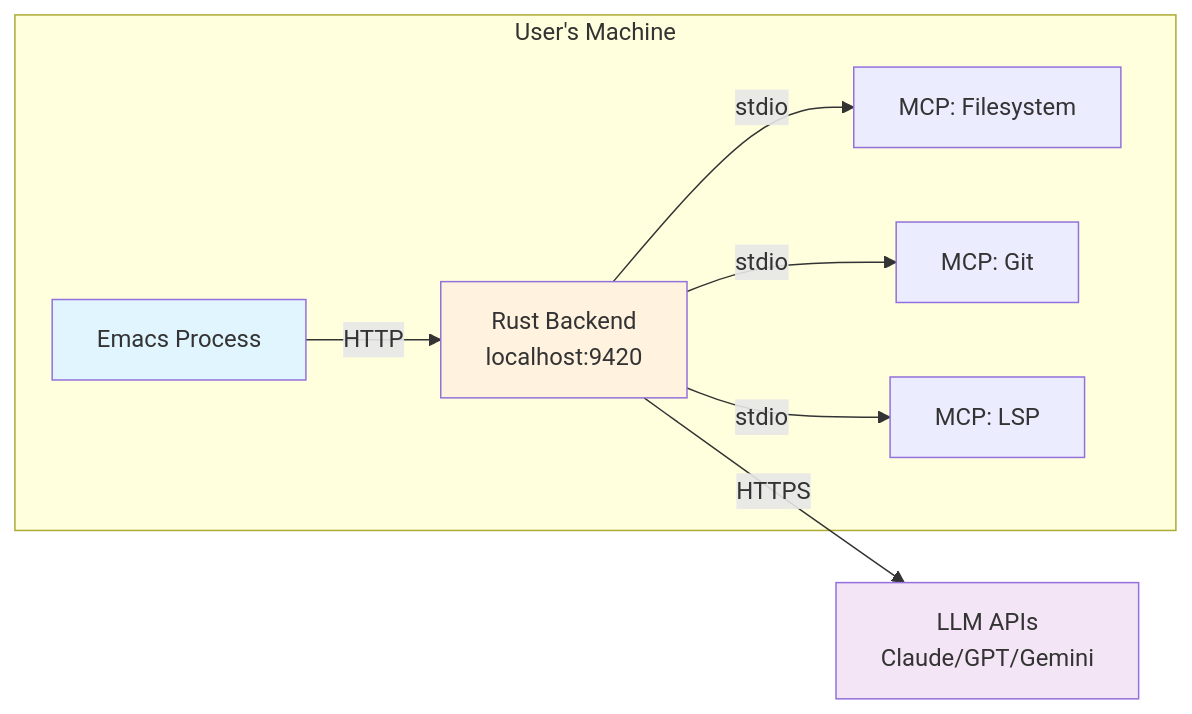
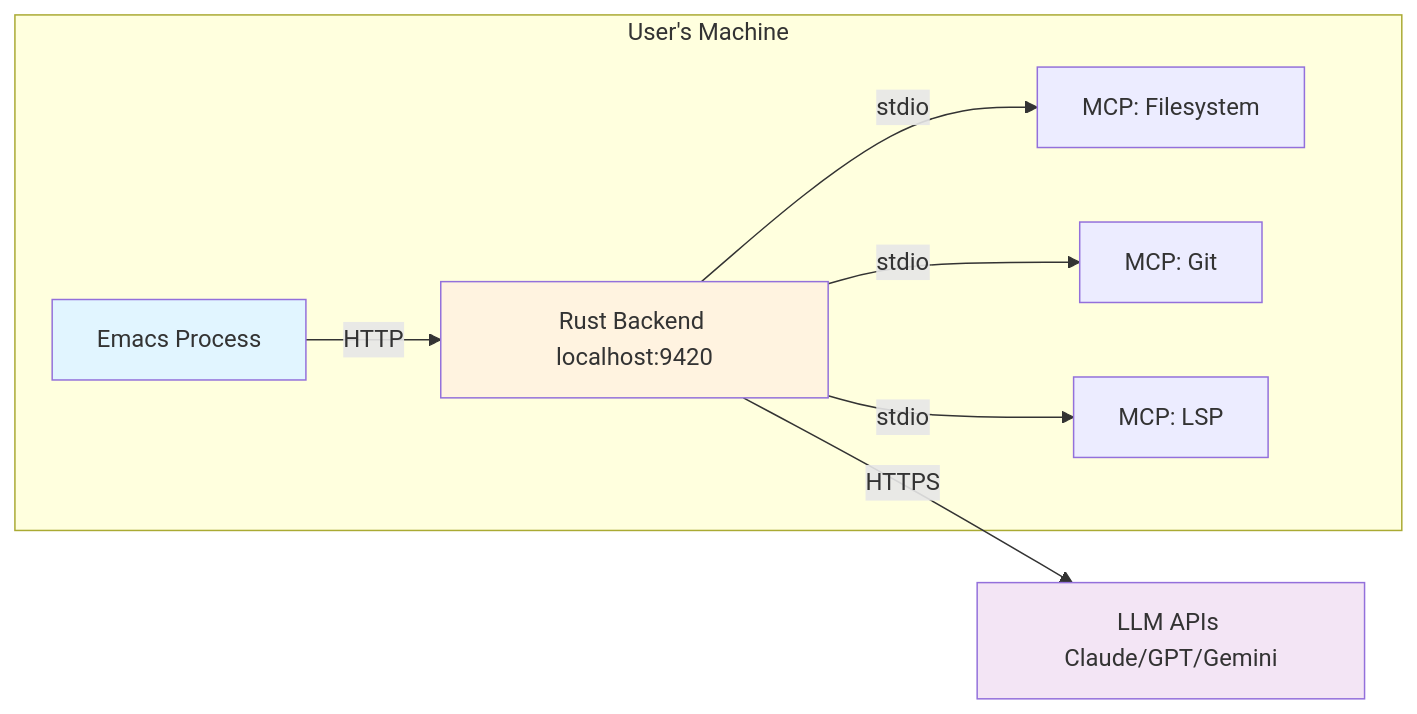
Before and after one commit to softwarewrighter/emacs-agent: the fourth of 7 diagrams in wiki/Architecture-Overview.md, drawn with Mermaid. The commit also changed other lines of this file and 7 other files, not shown here.

First line of the commit message:
Fix wiki Mermaid diagrams: remove <br/> tags

````diff
--- a/wiki/Architecture-Overview.md
+++ b/wiki/Architecture-Overview.md
@@ -246,21 +246,21 @@
 ```mermaid
 graph LR
     subgraph "User's Machine"
         EMACS[Emacs Process]
-        BACKEND[Rust Backend<br/>localhost:9420]
+        BACKEND[Rust Backend localhost:9420]
         MCP1[MCP: Filesystem]
         MCP2[MCP: Git]
         MCP3[MCP: LSP]
     end
 
     EMACS -->|HTTP| BACKEND
     BACKEND -->|stdio| MCP1
     BACKEND -->|stdio| MCP2
     BACKEND -->|stdio| MCP3
 
-    BACKEND -->|HTTPS| LLM[LLM APIs<br/>Claude/GPT/Gemini]
+    BACKEND -->|HTTPS| LLM[LLM APIs Claude/GPT/Gemini]
 
     style EMACS fill:#e1f5ff
     style BACKEND fill:#fff3e0
     style LLM fill:#f3e5f5
 ```
````
